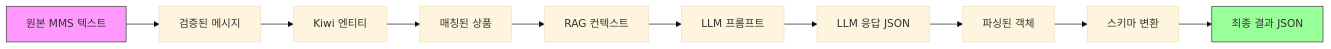
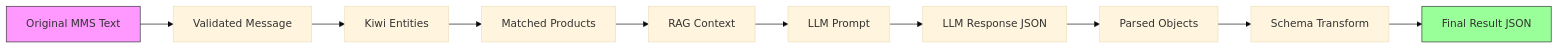
Before and after one commit to yonggoghi/AgenticWorkflow: the third of 4 diagrams in mms_extractor_exp/docs/ARCHITECTURE.md, drawn with Mermaid (base theme). The commit also changed other lines of this file, not shown here.

First line of the commit message:
fix: Fix Mermaid diagram rendering in ARCHITECTURE.md

````diff
--- a/mms_extractor_exp/docs/ARCHITECTURE.md
+++ b/mms_extractor_exp/docs/ARCHITECTURE.md
@@ -157,15 +157,15 @@
 ```mermaid
 graph LR
-    A[원본 MMS 텍스트] --> B[검증된 메시지]
-    B --> C[Kiwi 엔티티]
-    C --> D[매칭된 상품]
-    D --> E[RAG 컨텍스트]
-    E --> F[LLM 프롬프트]
-    F --> G[LLM 응답 JSON]
-    G --> H[파싱된 객체]
-    H --> I[스키마 변환]
-    I --> J[최종 결과 JSON]
+    A[Original MMS Text] --> B[Validated Message]
+    B --> C[Kiwi Entities]
+    C --> D[Matched Products]
+    D --> E[RAG Context]
+    E --> F[LLM Prompt]
+    F --> G[LLM Response JSON]
+    G --> H[Parsed Objects]
+    H --> I[Schema Transform]
+    I --> J[Final Result JSON]
     
     style A fill:#f9f,stroke:#333
     style J fill:#9f9,stroke:#333
 ```
````
